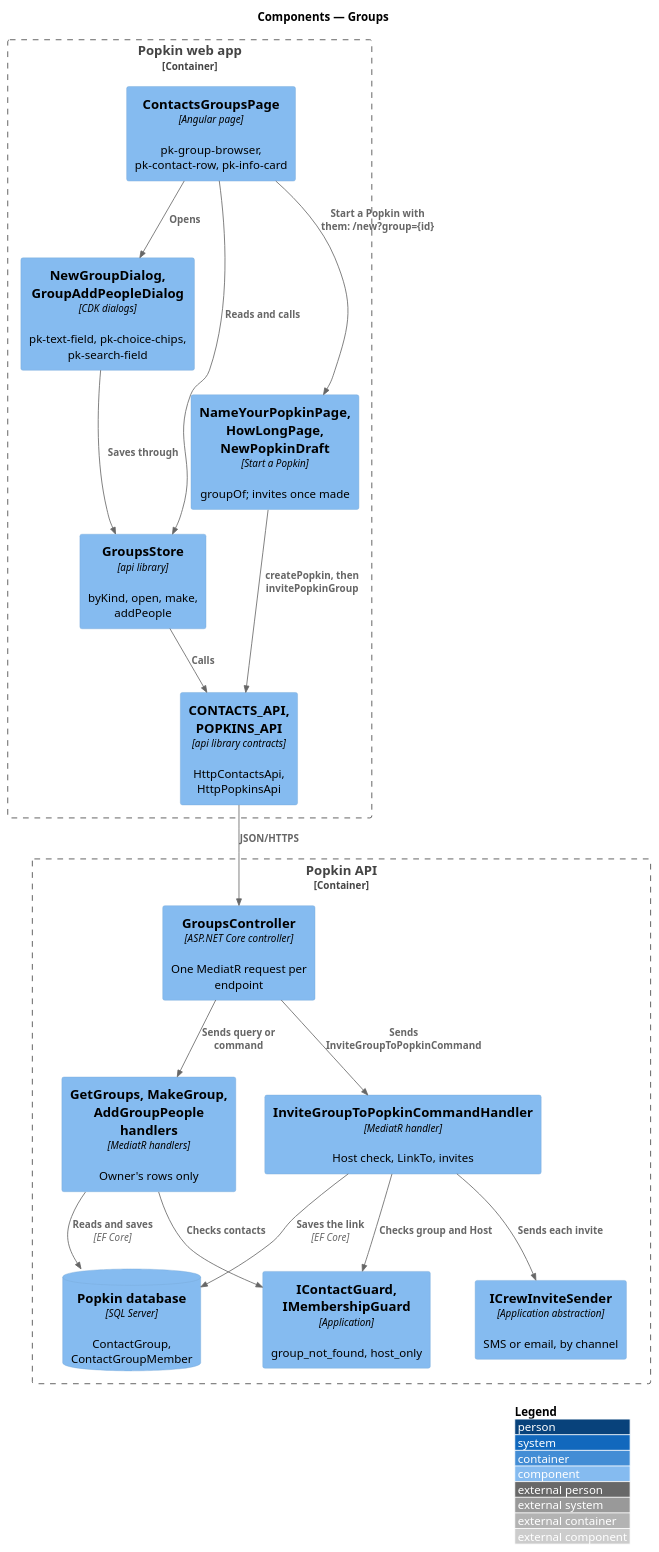
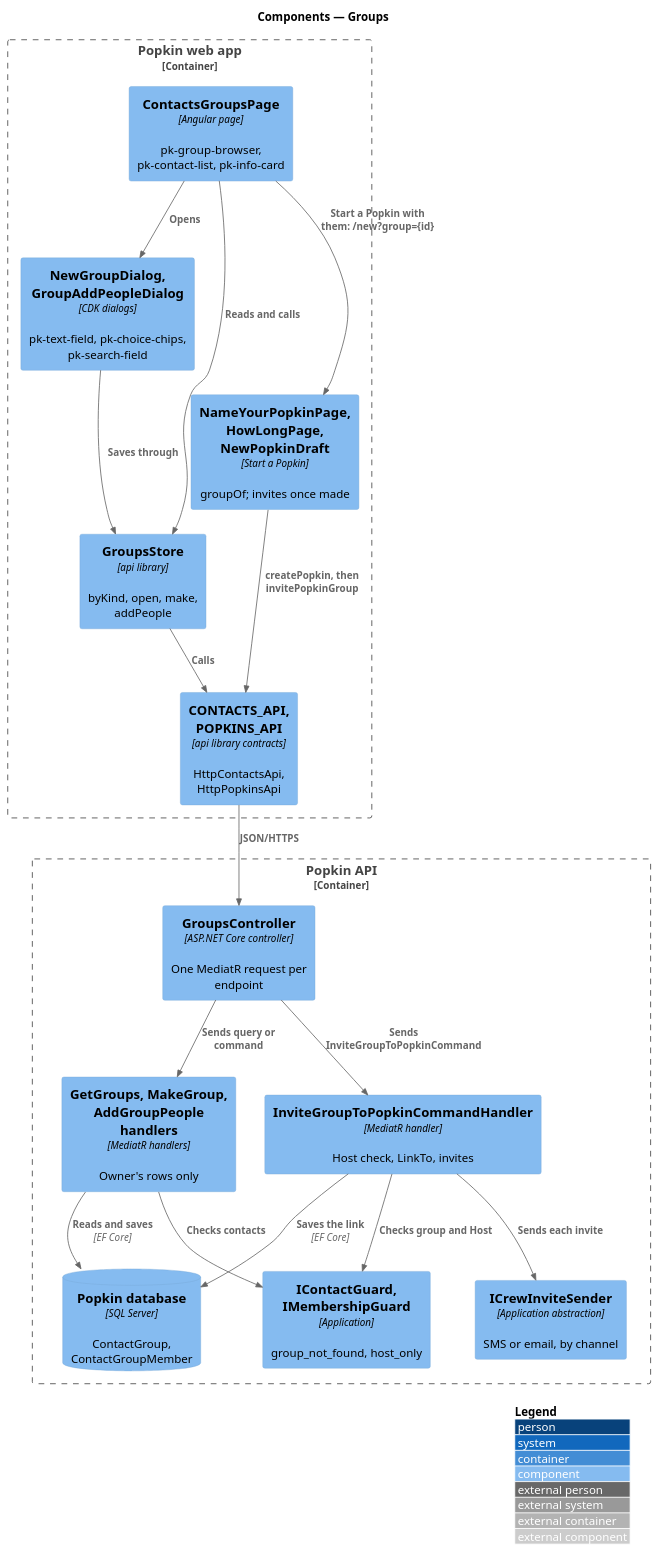
The diagram in docs/detailed-designs/contacts/groups/diagrams/c4-component.puml (QuinntyneBrown/popkin), drawn with PlantUML before and after one commit. The commit also changed 17 other files, not shown here.

```diff
--- a/docs/detailed-designs/contacts/groups/diagrams/c4-component.puml
+++ b/docs/detailed-designs/contacts/groups/diagrams/c4-component.puml
@@ -1,35 +1,35 @@
 @startuml
 !include <C4/C4_Component>
 LAYOUT_WITH_LEGEND()
 title Components — Groups
 
 Container_Boundary(web, "Popkin web app") {
-  Component(page, "ContactsGroupsPage", "Angular page", "pk-group-browser, pk-contact-row, pk-info-card")
+  Component(page, "ContactsGroupsPage", "Angular page", "pk-group-browser, pk-contact-list, pk-info-card")
   Component(dialogs, "NewGroupDialog, GroupAddPeopleDialog", "CDK dialogs", "pk-text-field, pk-choice-chips, pk-search-field")
   Component(store, "GroupsStore", "api library", "byKind, open, make, addPeople")
   Component(start, "NameYourPopkinPage, HowLongPage, NewPopkinDraft", "Start a Popkin", "groupOf; invites once made")
   Component(client, "CONTACTS_API, POPKINS_API", "api library contracts", "HttpContactsApi, HttpPopkinsApi")
 }
 Container_Boundary(api, "Popkin API") {
   Component(ctrl, "GroupsController", "ASP.NET Core controller", "One MediatR request per endpoint")
   Component(handlers, "GetGroups, MakeGroup, AddGroupPeople handlers", "MediatR handlers", "Owner's rows only")
   Component(invite, "InviteGroupToPopkinCommandHandler", "MediatR handler", "Host check, LinkTo, invites")
   Component(guards, "IContactGuard, IMembershipGuard", "Application", "group_not_found, host_only")
   Component(sender, "ICrewInviteSender", "Application abstraction", "SMS or email, by channel")
   ComponentDb(db, "Popkin database", "SQL Server", "ContactGroup, ContactGroupMember")
 }
 Rel(page, store, "Reads and calls")
 Rel(page, dialogs, "Opens")
 Rel(dialogs, store, "Saves through")
 Rel(page, start, "Start a Popkin with them: /new?group={id}")
 Rel(store, client, "Calls")
 Rel(start, client, "createPopkin, then invitePopkinGroup")
 Rel(client, ctrl, "JSON/HTTPS")
 Rel(ctrl, handlers, "Sends query or command")
 Rel(ctrl, invite, "Sends InviteGroupToPopkinCommand")
 Rel(handlers, guards, "Checks contacts")
 Rel(invite, guards, "Checks group and Host")
 Rel(invite, sender, "Sends each invite")
 Rel(handlers, db, "Reads and saves", "EF Core")
 Rel(invite, db, "Saves the link", "EF Core")
 @enduml
```
